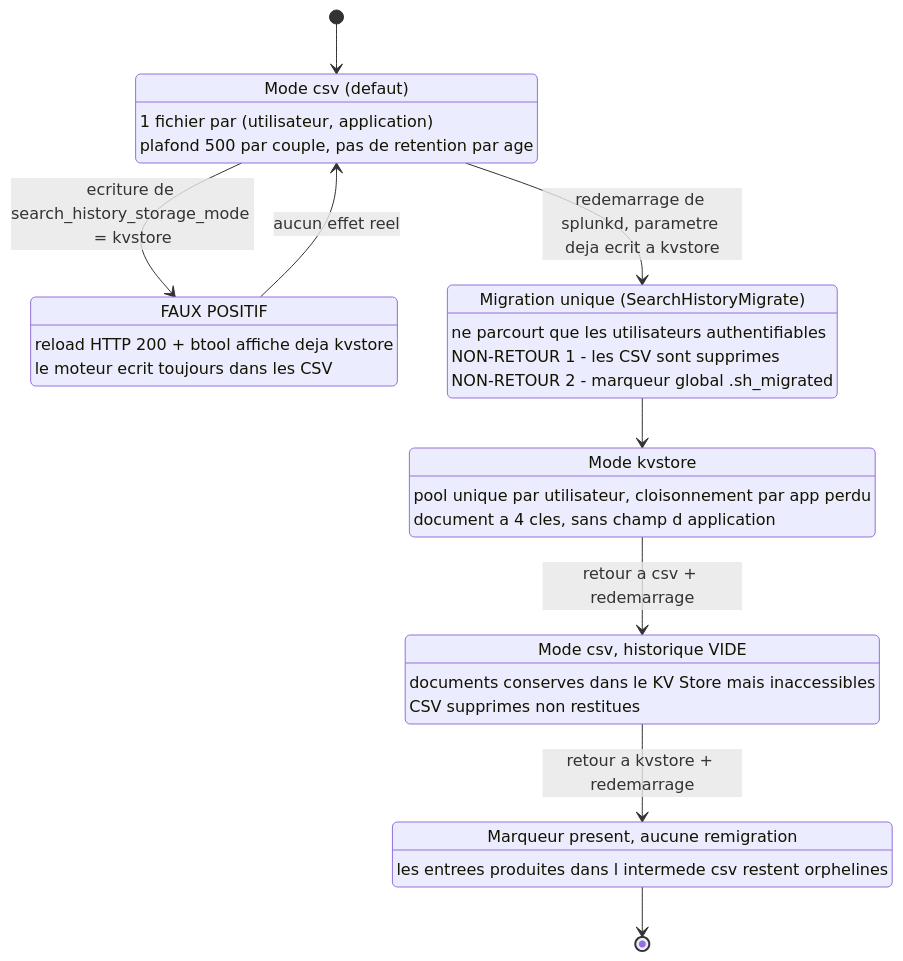
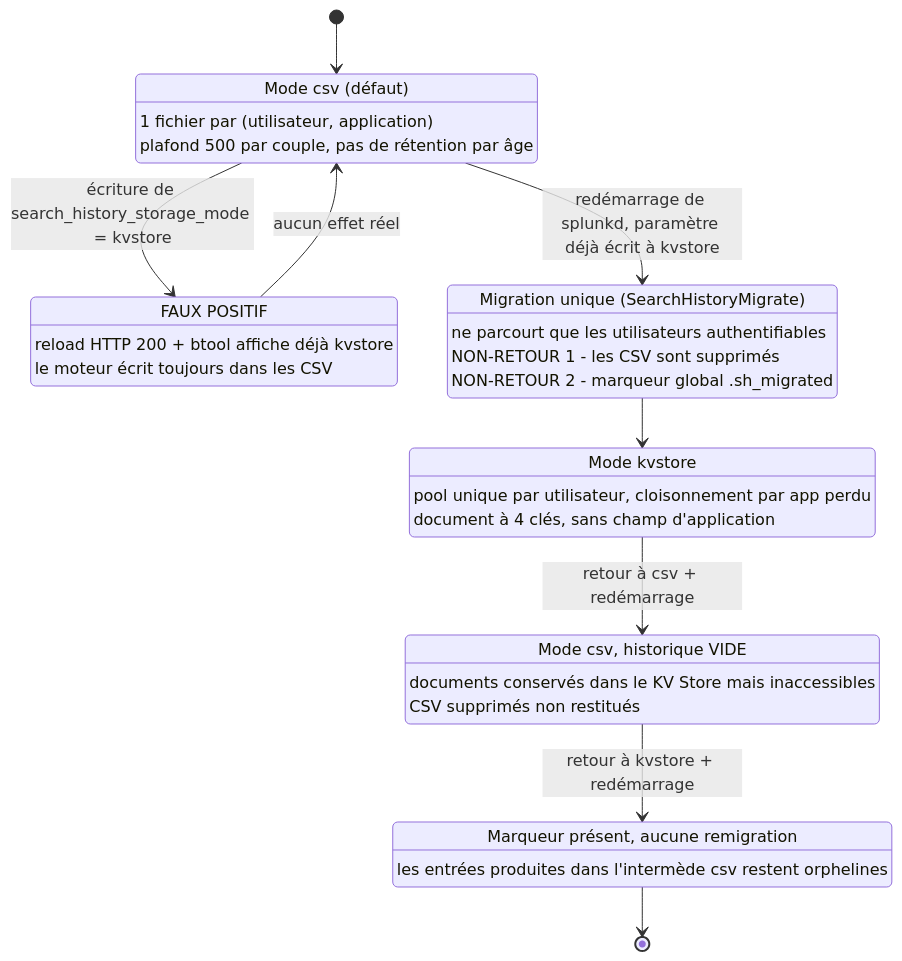
The diagram in concepts/splunk-search-history-storage.md (rafiki31130/knowledge_base_pro), drawn with Mermaid before and after one commit.

Commit message:
concepts: rendu du diagramme valide, libelles accentues
Bloc mermaid rendu localement (mermaid-cli) pour verifier la syntaxe
stateDiagram-v2 : rendu correct. Apostrophes et accents retablis dans les
libelles, le rendu reste valide. Deux notes ajoutees sur les blocs curl
utilisant `-u <compte>` sans mot de passe, qui declenche une invite
interactive (la forme scriptable est donnee au §7), et sur le fait que
exec_mode=oneshot s'inscrit bien dans l'historique - verifie.

Correction d'attribution : le chiffre 912 est le nombre de documents de la
collection SearchHistory, tous utilisateurs confondus, pas l'historique d'un
utilisateur. Le contraste avec l'unique entree servie apres retour en csv est
conserve, mais les deux metriques sont desormais distinguees.

````diff
--- a/concepts/splunk-search-history-storage.md
+++ b/concepts/splunk-search-history-storage.md
@@ -227,38 +227,38 @@
 ```mermaid
 stateDiagram-v2
     direction TB
 
     [*] --> CSV
 
-    CSV: Mode csv (defaut)
+    CSV: Mode csv (défaut)
     CSV: 1 fichier par (utilisateur, application)
-    CSV: plafond 500 par couple, pas de retention par age
+    CSV: plafond 500 par couple, pas de rétention par âge
 
-    CSV --> RELOAD: ecriture de search_history_storage_mode = kvstore
+    CSV --> RELOAD: écriture de search_history_storage_mode = kvstore
     RELOAD: FAUX POSITIF
-    RELOAD: reload HTTP 200 + btool affiche deja kvstore
-    RELOAD: le moteur ecrit toujours dans les CSV
-    RELOAD --> CSV: aucun effet reel
+    RELOAD: reload HTTP 200 + btool affiche déjà kvstore
+    RELOAD: le moteur écrit toujours dans les CSV
+    RELOAD --> CSV: aucun effet réel
 
-    CSV --> MIGRATION: redemarrage de splunkd, parametre deja ecrit a kvstore
+    CSV --> MIGRATION: redémarrage de splunkd, paramètre déjà écrit à kvstore
     MIGRATION: Migration unique (SearchHistoryMigrate)
     MIGRATION: ne parcourt que les utilisateurs authentifiables
-    MIGRATION: NON-RETOUR 1 - les CSV sont supprimes
+    MIGRATION: NON-RETOUR 1 - les CSV sont supprimés
     MIGRATION: NON-RETOUR 2 - marqueur global .sh_migrated
 
     MIGRATION --> KV
 
     KV: Mode kvstore
     KV: pool unique par utilisateur, cloisonnement par app perdu
-    KV: document a 4 cles, sans champ d application
+    KV: document à 4 clés, sans champ d'application
 
-    KV --> VIERGE: retour a csv + redemarrage
+    KV --> VIERGE: retour à csv + redémarrage
     VIERGE: Mode csv, historique VIDE
-    VIERGE: documents conserves dans le KV Store mais inaccessibles
-    VIERGE: CSV supprimes non restitues
+    VIERGE: documents conservés dans le KV Store mais inaccessibles
+    VIERGE: CSV supprimés non restitués
 
-    VIERGE --> KV2: retour a kvstore + redemarrage
-    KV2: Marqueur present, aucune remigration
-    KV2: les entrees produites dans l intermede csv restent orphelines
+    VIERGE --> KV2: retour à kvstore + redémarrage
+    KV2: Marqueur présent, aucune remigration
+    KV2: les entrées produites dans l'intermède csv restent orphelines
     KV2 --> [*]
 ```
````
